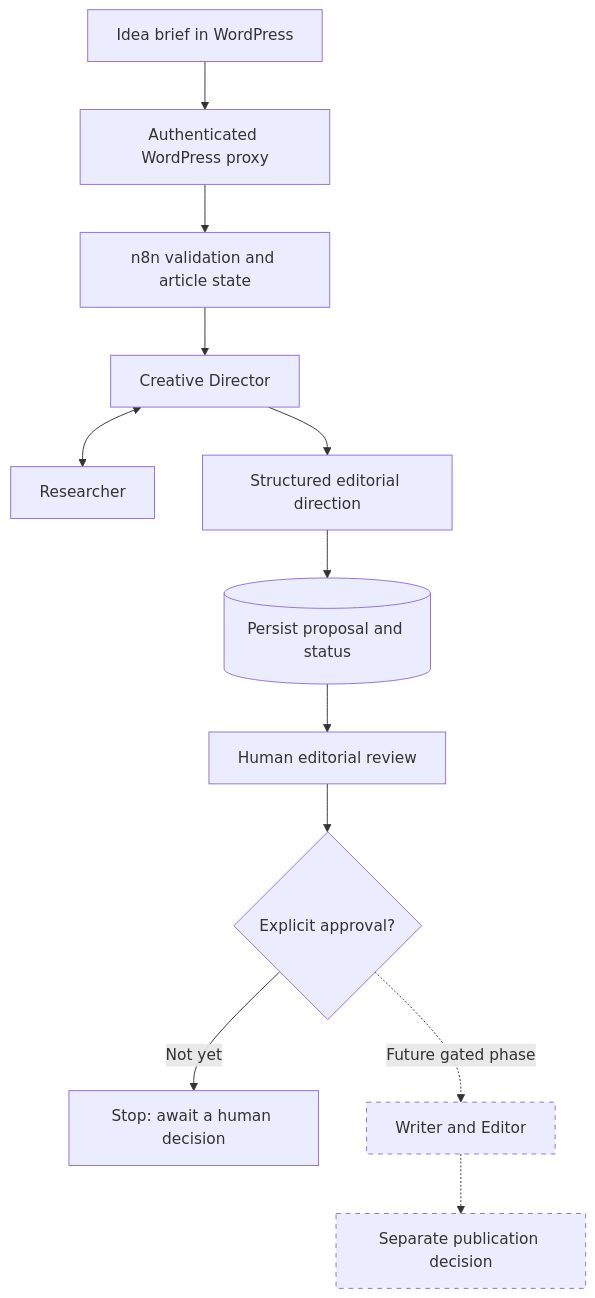
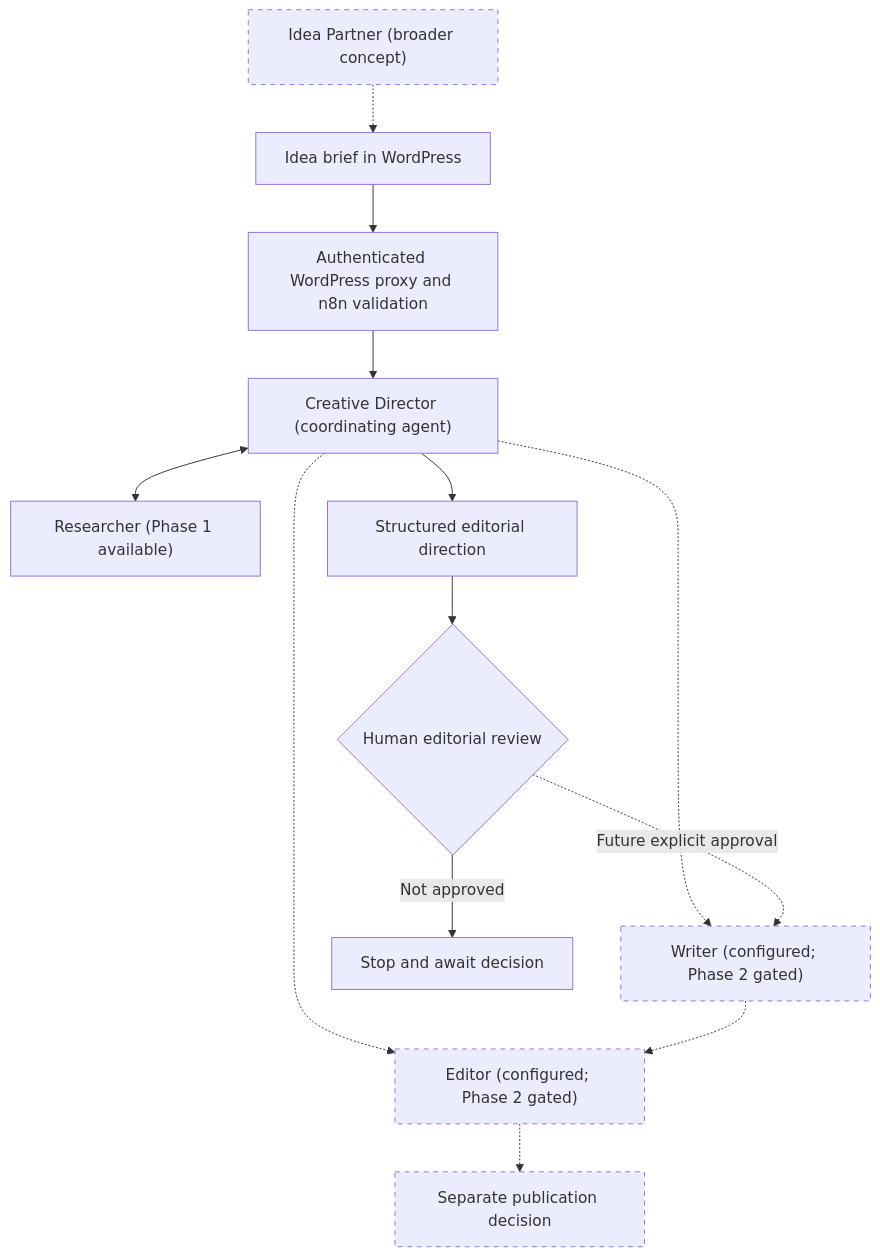
The diagram in README.md (barbarakprokop/agent-studio-workflow), drawn with Mermaid before and after one commit. The commit also changed other lines of this file, not shown here.

Commit message:
Clarify Creative Director and three-agent architecture with Phase 1 gates

````diff
--- a/README.md
+++ b/README.md
@@ -13,16 +17,17 @@
 ```mermaid
 flowchart TD
-    A[Idea brief in WordPress] --> B[Authenticated WordPress proxy]
-    B --> C[n8n validation and article state]
-    C --> D[Creative Director]
-    D <--> E[Researcher]
-    D --> F[Structured editorial direction]
-    F --> G[(Persist proposal and status)]
-    G --> H[Human editorial review]
-    H --> I{Explicit approval?}
-    I -->|Not yet| J[Stop: await a human decision]
-    I -.->|Future gated phase| K[Writer and Editor]
-    K -.-> L[Separate publication decision]
+    IP["Idea Partner (broader concept)"] -.-> B["Idea brief in WordPress"]
+    B --> P["Authenticated WordPress proxy and n8n validation"]
+    P --> CD["Creative Director (coordinating agent)"]
+    CD <--> R["Researcher (Phase 1 available)"]
+    CD -.-> W["Writer (configured; Phase 2 gated)"]
+    CD -.-> E["Editor (configured; Phase 2 gated)"]
+    CD --> S["Structured editorial direction"]
+    S --> H{"Human editorial review"}
+    H -->|"Not approved"| STOP["Stop and await decision"]
+    H -.->|"Future explicit approval"| W
+    W -.-> E
+    E -.-> PUB["Separate publication decision"]
     classDef future stroke-dasharray: 5 5
-    class K,L future
+    class IP,W,E,PUB future
 ```
````
